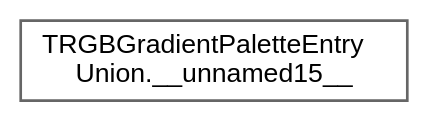
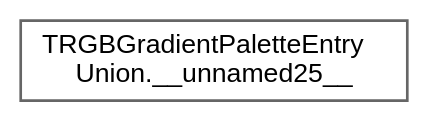
One commit to mcx/FastLED changed the diagram in docs/inherit_graph_219.dot. Above: the diagram before and after it, drawn with Graphviz. The commit also changed 1592 other files, not shown here.

```diff
--- a/docs/inherit_graph_219.dot
+++ b/docs/inherit_graph_219.dot
@@ -1,9 +1,9 @@
 digraph "Graphical Class Hierarchy"
 {
  // LATEX_PDF_SIZE
   bgcolor="transparent";
   edge [fontname=Helvetica,fontsize=10,labelfontname=Helvetica,labelfontsize=10];
   node [fontname=Helvetica,fontsize=10,shape=box,height=0.2,width=0.4];
   rankdir="LR";
-  Node0 [id="Node000000",label="TRGBGradientPaletteEntry\lUnion.__unnamed15__",height=0.2,width=0.4,color="grey40", fillcolor="white", style="filled",URL="$d6/d39/group___palette_classes.html#d0/d76/struct_t_r_g_b_gradient_palette_entry_union_8____unnamed15____",tooltip=" "];
+  Node0 [id="Node000000",label="TRGBGradientPaletteEntry\lUnion.__unnamed25__",height=0.2,width=0.4,color="grey40", fillcolor="white", style="filled",URL="$d6/d39/group___palette_classes.html#d5/d58/struct_t_r_g_b_gradient_palette_entry_union_8____unnamed25____",tooltip=" "];
 }
```
